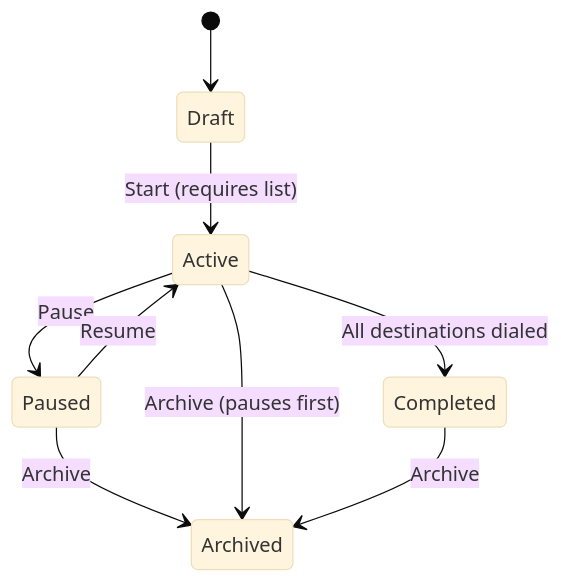
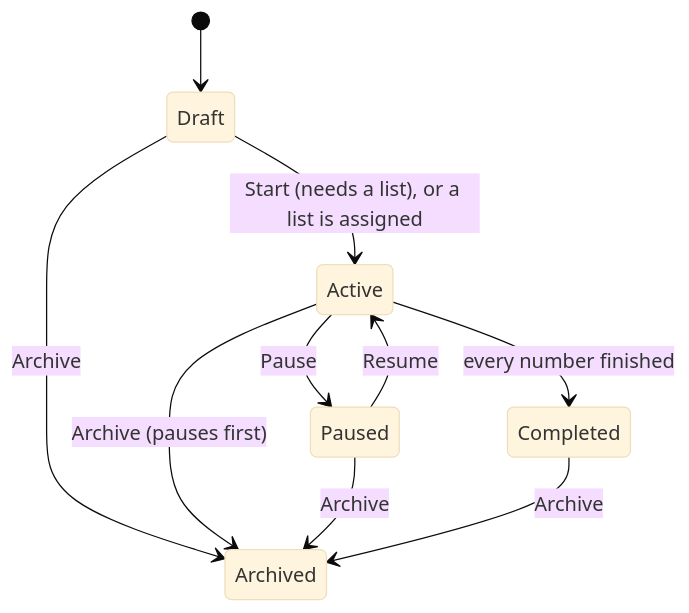
One commit to greenfieldtech-nirs/opbx changed the second of 2 diagrams in docs/opbx-userguide/applications/auto-dialer/index.mdx. Above: the diagram before and after it, drawn with Mermaid (base theme). The commit also changed other lines of this file and 2 other files, not shown here.

````diff
--- a/docs/opbx-userguide/applications/auto-dialer/index.mdx
+++ b/docs/opbx-userguide/applications/auto-dialer/index.mdx
@@ -63,11 +61,12 @@
 ```mermaid
 stateDiagram-v2
     [*] --> Draft
-    Draft --> Active: Start (requires list)
+    Draft --> Active: Start (needs a list), or a list is assigned
     Active --> Paused: Pause
     Paused --> Active: Resume
-    Active --> Completed: All destinations dialed
+    Active --> Completed: every number finished
+    Draft --> Archived: Archive
+    Active --> Archived: Archive (pauses first)
     Paused --> Archived: Archive
-    Active --> Archived: Archive (pauses first)
     Completed --> Archived: Archive
 ```
````
